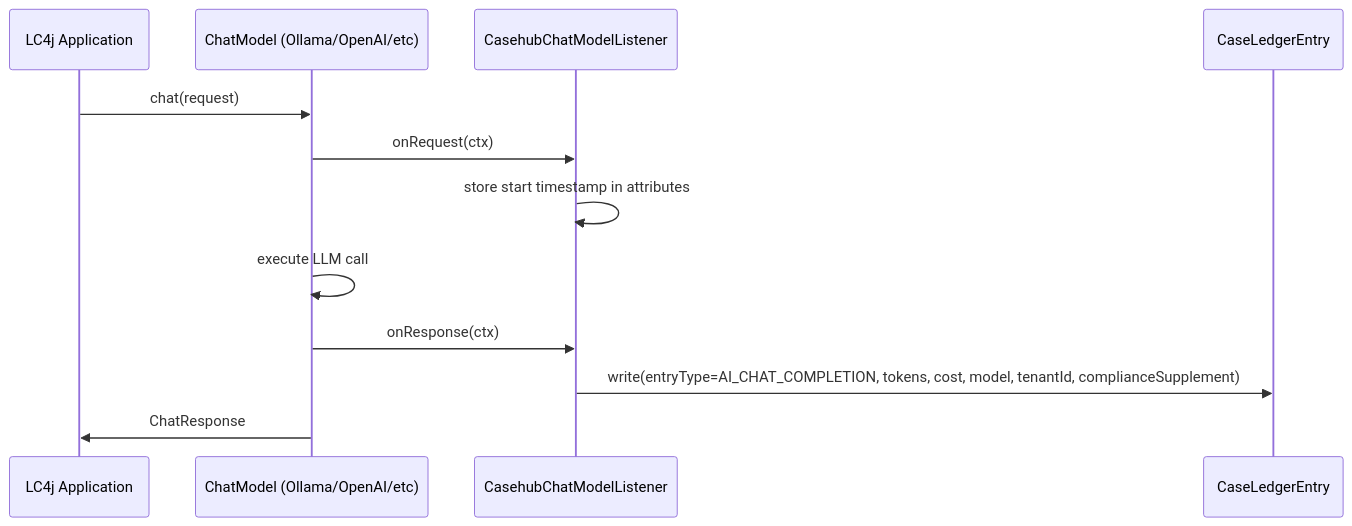
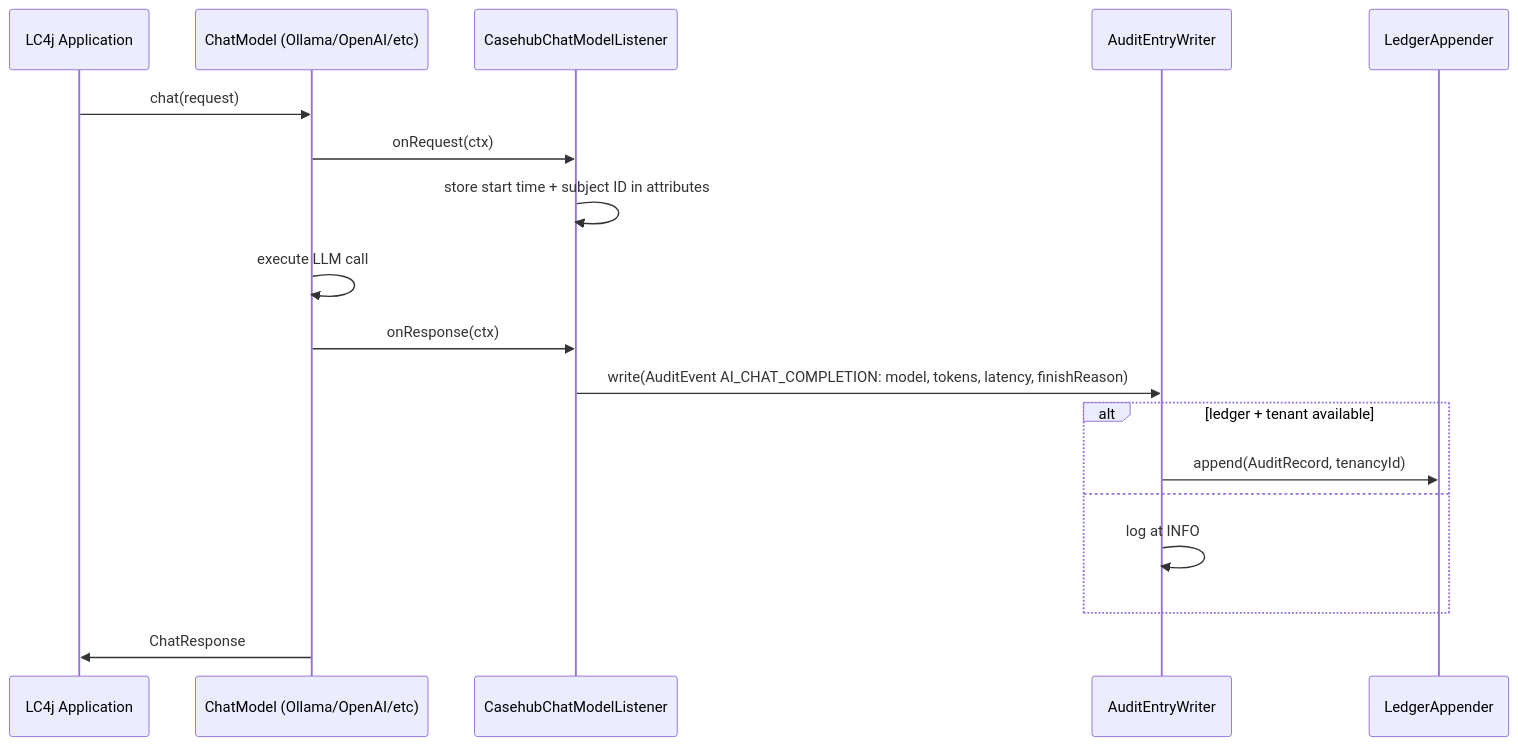
The third of 6 diagrams in ARC42STORIES.MD (casehubio/casehub-langchain4j), drawn with Mermaid before and after one commit. The commit also changed other lines of this file and 5 other files, not shown here.

````diff
--- a/ARC42STORIES.MD
+++ b/ARC42STORIES.MD
@@ -196,15 +196,21 @@
 ```mermaid
 sequenceDiagram
   participant App as LC4j Application
   participant CM as ChatModel (Ollama/OpenAI/etc)
   participant Listener as CasehubChatModelListener
-  participant Ledger as CaseLedgerEntry
+  participant Writer as AuditEntryWriter
+  participant Ledger as LedgerAppender
 
   App->>CM: chat(request)
   CM->>Listener: onRequest(ctx)
-  Listener->>Listener: store start timestamp in attributes
+  Listener->>Listener: store start time + subject ID in attributes
   CM->>CM: execute LLM call
   CM->>Listener: onResponse(ctx)
-  Listener->>Ledger: write(entryType=AI_CHAT_COMPLETION, tokens, cost, model, tenantId, complianceSupplement)
+  Listener->>Writer: write(AuditEvent AI_CHAT_COMPLETION: model, tokens, latency, finishReason)
+  alt ledger + tenant available
+    Writer->>Ledger: append(AuditRecord, tenancyId)
+  else
+    Writer->>Writer: log at INFO
+  end
   CM->>App: ChatResponse
 ```
````
